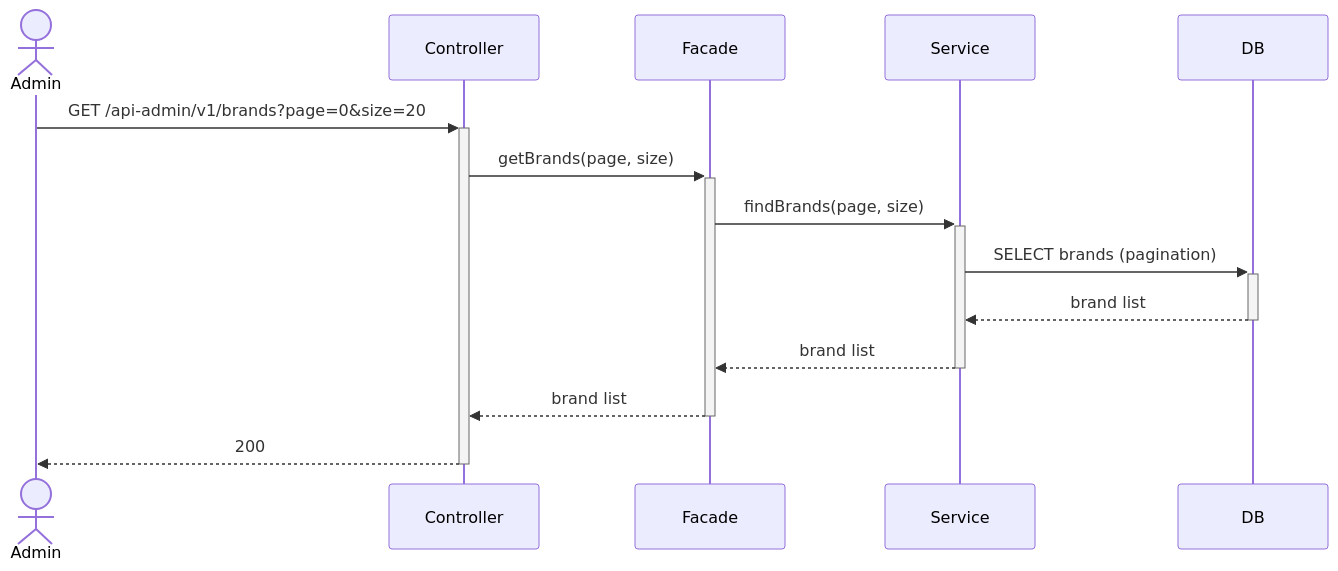
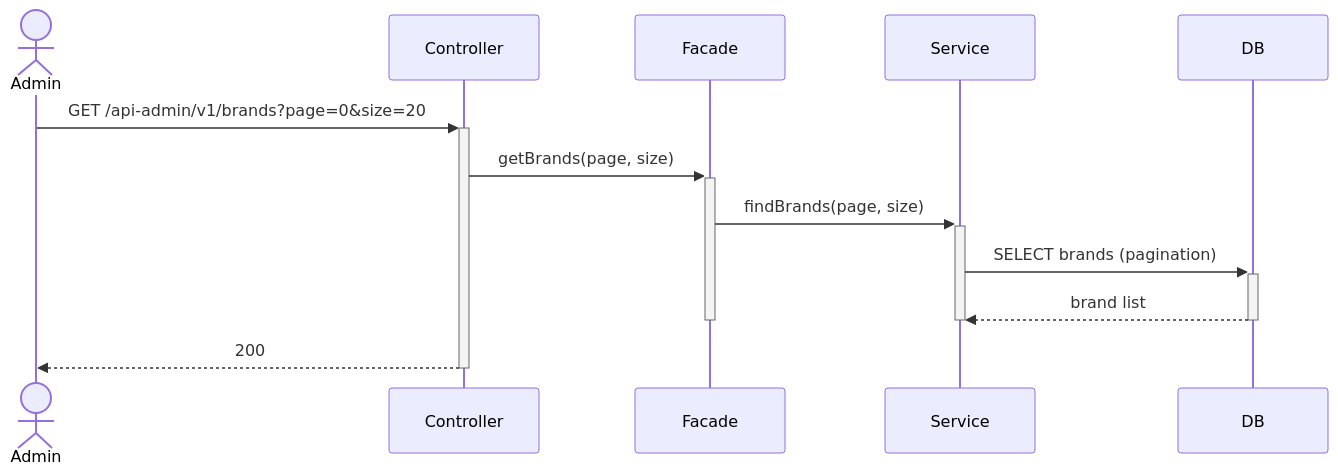
One commit to loopers-labs/loop-pack-be-l2-vol4-java changed diagram 11 of 21 in .docs/design/02-sequence-diagrams.md. Above: the diagram before and after it, drawn with Mermaid. The commit also changed other lines of this file and 2 other files, not shown here.

Commit message:
docs: 시퀀스 다이어그램 activation bar 추가 및 설계 보완

````diff
--- a/.docs/design/02-sequence-diagrams.md
+++ b/.docs/design/02-sequence-diagrams.md
@@ -334,17 +329,17 @@
 ```mermaid
 sequenceDiagram
     actor Admin
     participant Controller
     participant Facade
     participant Service
     participant DB
 
     Admin->>+Controller: GET /api-admin/v1/brands?page=0&size=20
     Controller->>+Facade: getBrands(page, size)
     Facade->>+Service: findBrands(page, size)
     Service->>+DB: SELECT brands (pagination)
     DB-->>-Service: brand list
-    Service-->>-Facade: brand list
-    Facade-->>-Controller: brand list
+    deactivate Service
+    deactivate Facade
     Controller-->>-Admin: 200
 ```
````
